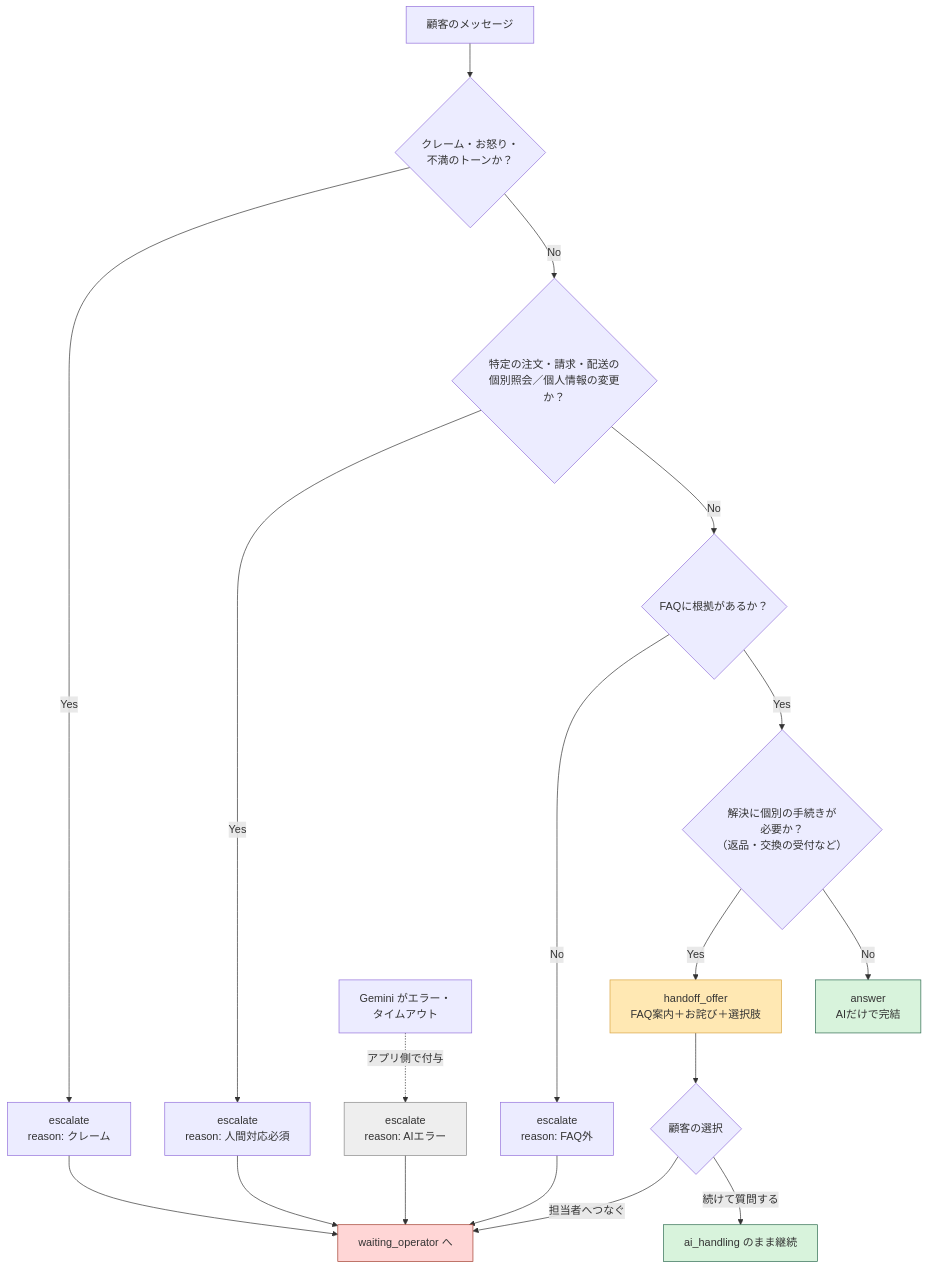
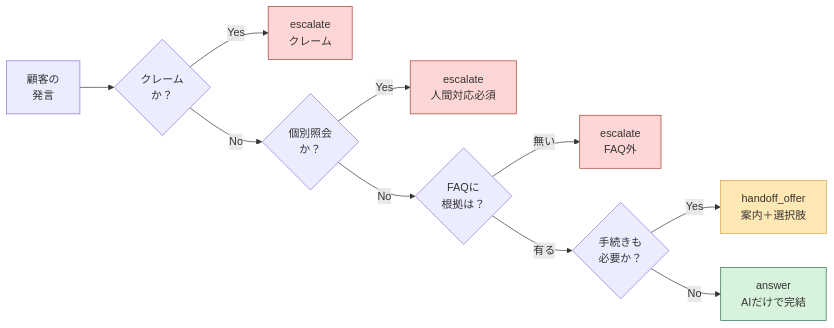
The third of 7 diagrams in docs/manual-developer.md (usako-ui/CS-chatbot-portfolio), drawn with Mermaid before and after one commit. The commit also changed other lines of this file, not shown here.

First line of the commit message:
docs: 図が縦に長すぎる問題を直し、スクロール量を半分以下にする

````diff
--- a/docs/manual-developer.md
+++ b/docs/manual-developer.md
@@ -152,29 +138,18 @@
 ```mermaid
-flowchart TD
-    S["顧客のメッセージ"] --> Q1{"クレーム・お怒り・<br/>不満のトーンか？"}
-    Q1 -->|Yes| E1["escalate<br/>reason: クレーム"]
-    Q1 -->|No| Q2{"特定の注文・請求・配送の<br/>個別照会／個人情報の変更か？"}
-    Q2 -->|Yes| E2["escalate<br/>reason: 人間対応必須"]
-    Q2 -->|No| Q3{"FAQに根拠があるか？"}
-    Q3 -->|"No"| E3["escalate<br/>reason: FAQ外"]
-    Q3 -->|Yes| Q4{"解決に個別の手続きが<br/>必要か？<br/>（返品・交換の受付など）"}
-    Q4 -->|Yes| H["handoff_offer<br/>FAQ案内＋お詫び＋選択肢"]
+flowchart LR
+    S["顧客の<br/>発言"] --> Q1{"クレーム<br/>か？"}
+    Q1 -->|Yes| E1["escalate<br/>クレーム"]
+    Q1 -->|No| Q2{"個別照会<br/>か？"}
+    Q2 -->|Yes| E2["escalate<br/>人間対応必須"]
+    Q2 -->|No| Q3{"FAQに<br/>根拠は？"}
+    Q3 -->|"無い"| E3["escalate<br/>FAQ外"]
+    Q3 -->|"有る"| Q4{"手続きも<br/>必要か？"}
+    Q4 -->|Yes| H["handoff_offer<br/>案内＋選択肢"]
     Q4 -->|No| AN["answer<br/>AIだけで完結"]
 
-    H --> Q5{"顧客の選択"}
-    Q5 -->|"担当者へつなぐ"| W["waiting_operator へ"]
-    Q5 -->|"続けて質問する"| AN2["ai_handling のまま継続"]
-
-    E1 --> W
-    E2 --> W
-    E3 --> W
-
-    X["Gemini がエラー・<br/>タイムアウト"] -.->|"アプリ側で付与"| E4["escalate<br/>reason: AIエラー"]
-    E4 --> W
-
     style AN fill:#d8f3dc,stroke:#2d6a4f
-    style AN2 fill:#d8f3dc,stroke:#2d6a4f
     style H fill:#ffe8b3,stroke:#d9a441
-    style W fill:#ffd6d6,stroke:#a13d2d
-    style E4 fill:#eeeeee,stroke:#888888
+    style E1 fill:#ffd6d6,stroke:#a13d2d
+    style E2 fill:#ffd6d6,stroke:#a13d2d
+    style E3 fill:#ffd6d6,stroke:#a13d2d
 ```
````
